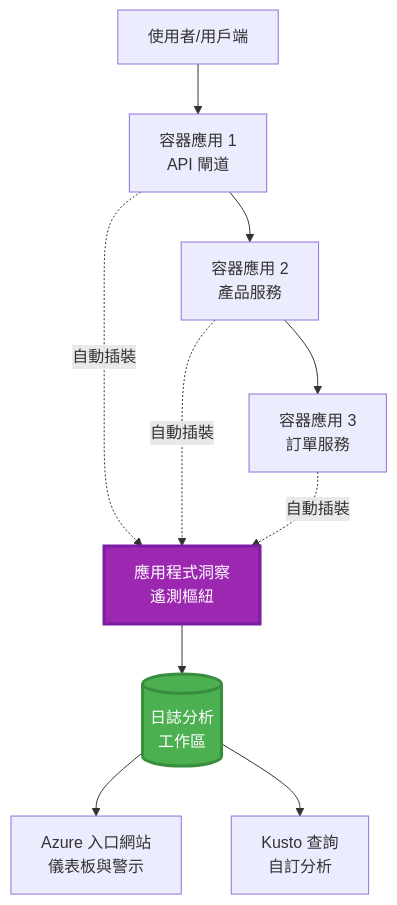
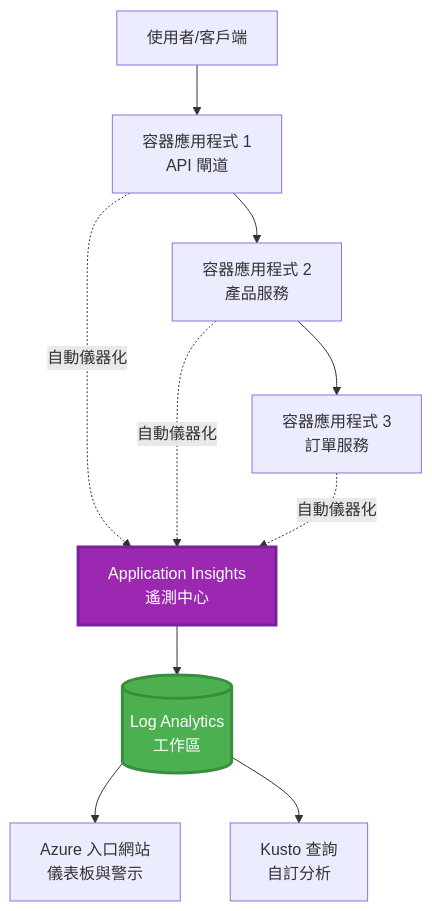
The first of 2 diagrams in translations/zh-MO/docs/chapter-06-pre-deployment/application-insights.md (microsoft/AZD-for-beginners), drawn with Mermaid before and after one commit. The commit also changed other lines of this file and 101 other files, not shown here.

````diff
--- a/translations/zh-MO/docs/chapter-06-pre-deployment/application-insights.md
+++ b/translations/zh-MO/docs/chapter-06-pre-deployment/application-insights.md
@@ -58,28 +58,28 @@
 ```mermaid
 graph TB
-    User[使用者/用戶端]
-    App1[容器應用 1<br/>API 閘道]
-    App2[容器應用 2<br/>產品服務]
-    App3[容器應用 3<br/>訂單服務]
+    User[使用者/客戶端]
+    App1[容器應用程式 1<br/>API 閘道]
+    App2[容器應用程式 2<br/>產品服務]
+    App3[容器應用程式 3<br/>訂單服務]
     
-    AppInsights[應用程式洞察<br/>遙測樞紐]
-    LogAnalytics[(日誌分析<br/>工作區)]
+    AppInsights[Application Insights<br/>遙測中心]
+    LogAnalytics[(Log Analytics<br/>工作區)]
     
     Portal[Azure 入口網站<br/>儀表板與警示]
     Query[Kusto 查詢<br/>自訂分析]
     
     User --> App1
     App1 --> App2
     App2 --> App3
     
-    App1 -.->|自動插裝| AppInsights
-    App2 -.->|自動插裝| AppInsights
-    App3 -.->|自動插裝| AppInsights
+    App1 -.->|自動儀器化| AppInsights
+    App2 -.->|自動儀器化| AppInsights
+    App3 -.->|自動儀器化| AppInsights
     
     AppInsights --> LogAnalytics
     LogAnalytics --> Portal
     LogAnalytics --> Query
     
     style AppInsights fill:#9C27B0,stroke:#7B1FA2,stroke-width:3px,color:#fff
     style LogAnalytics fill:#4CAF50,stroke:#388E3C,stroke-width:3px,color:#fff
 ```
````
